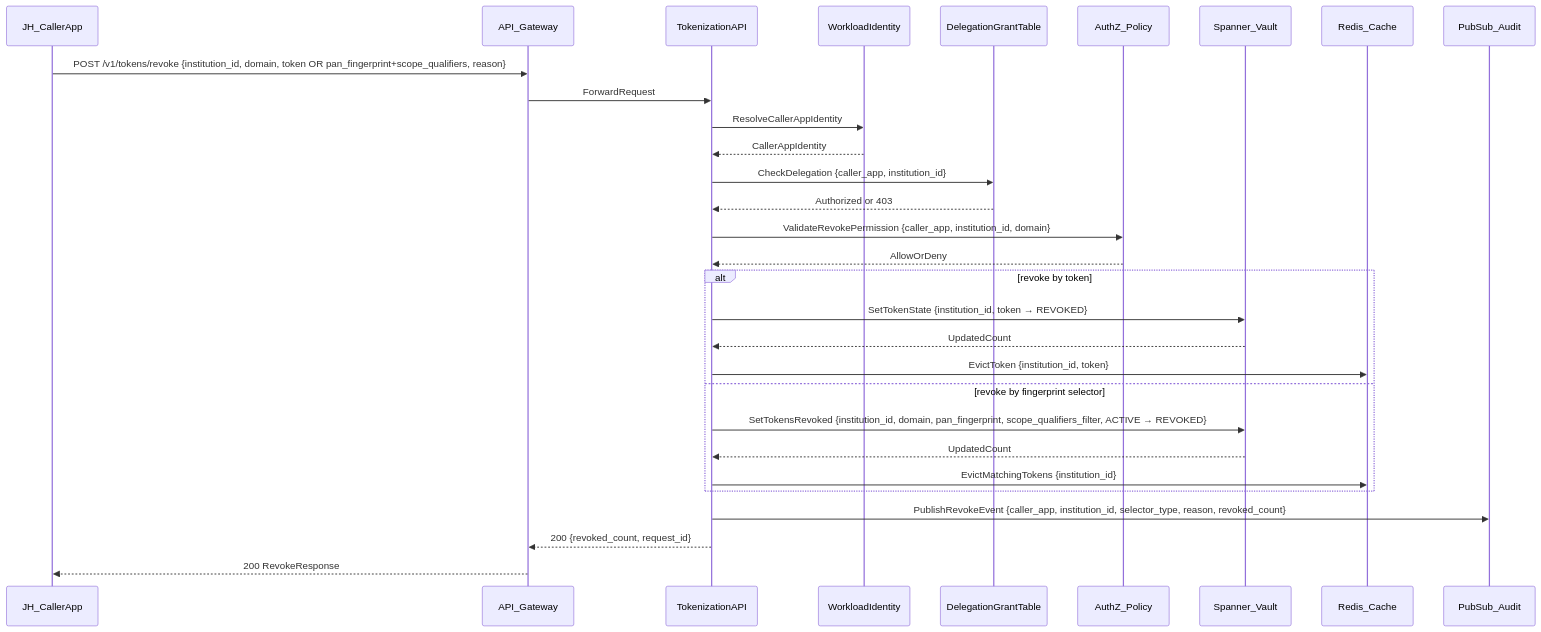
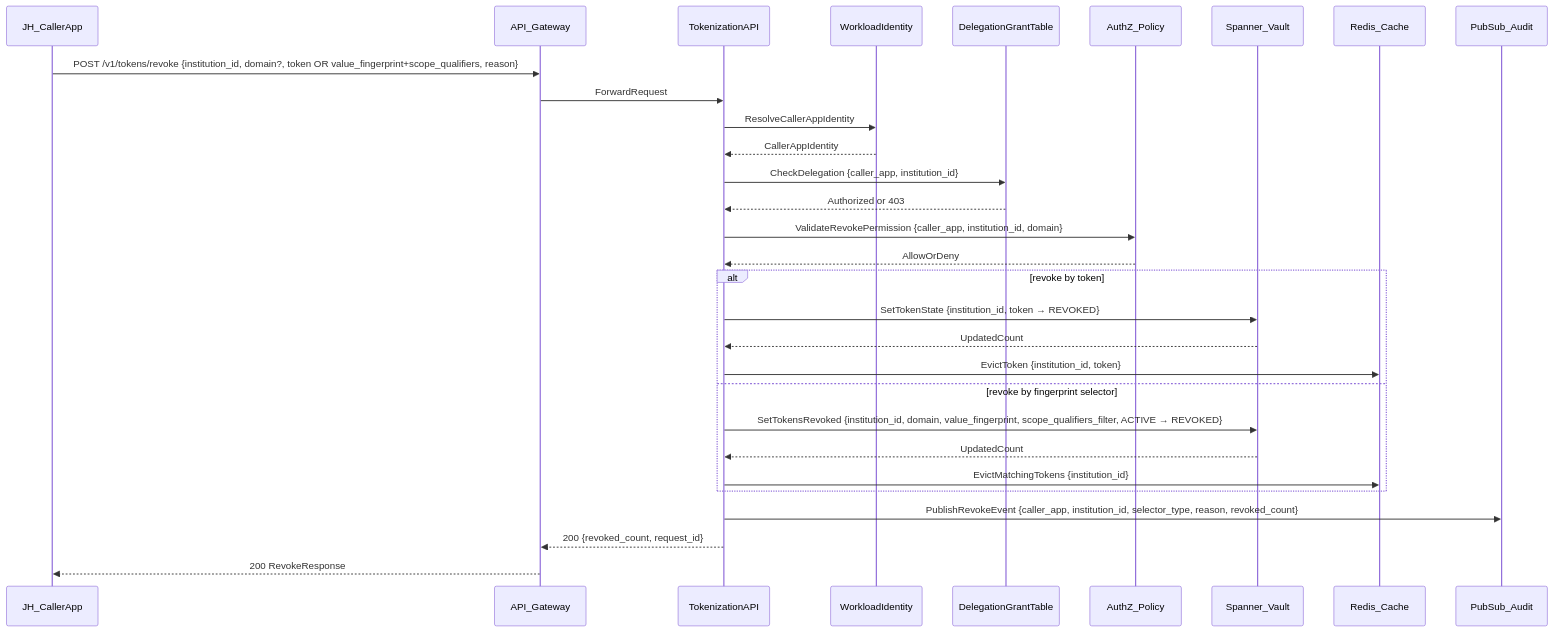
One commit to MonkeyWrenchGang/vigilant-couscous changed the fourth of 4 diagrams in docs/architecture-diagrams.md. Above: the diagram before and after it, drawn with Mermaid. The commit also changed other lines of this file and 25 other files, not shown here.

````diff
--- a/docs/architecture-diagrams.md
+++ b/docs/architecture-diagrams.md
@@ -205,35 +205,35 @@
 ```mermaid
 sequenceDiagram
   participant Client as JH_CallerApp
   participant Gateway as API_Gateway
   participant API as TokenizationAPI
   participant WI as WorkloadIdentity
   participant Grant as DelegationGrantTable
   participant Policy as AuthZ_Policy
   participant Spanner as Spanner_Vault
   participant Redis as Redis_Cache
   participant Audit as PubSub_Audit
 
-  Client->>Gateway: POST /v1/tokens/revoke {institution_id, domain, token OR pan_fingerprint+scope_qualifiers, reason}
+  Client->>Gateway: POST /v1/tokens/revoke {institution_id, domain?, token OR value_fingerprint+scope_qualifiers, reason}
   Gateway->>API: ForwardRequest
   API->>WI: ResolveCallerAppIdentity
   WI-->>API: CallerAppIdentity
   API->>Grant: CheckDelegation {caller_app, institution_id}
   Grant-->>API: Authorized or 403
   API->>Policy: ValidateRevokePermission {caller_app, institution_id, domain}
   Policy-->>API: AllowOrDeny
 
   alt revoke by token
     API->>Spanner: SetTokenState {institution_id, token → REVOKED}
     Spanner-->>API: UpdatedCount
     API->>Redis: EvictToken {institution_id, token}
   else revoke by fingerprint selector
-    API->>Spanner: SetTokensRevoked {institution_id, domain, pan_fingerprint, scope_qualifiers_filter, ACTIVE → REVOKED}
+    API->>Spanner: SetTokensRevoked {institution_id, domain, value_fingerprint, scope_qualifiers_filter, ACTIVE → REVOKED}
     Spanner-->>API: UpdatedCount
     API->>Redis: EvictMatchingTokens {institution_id}
   end
 
   API->>Audit: PublishRevokeEvent {caller_app, institution_id, selector_type, reason, revoked_count}
   API-->>Gateway: 200 {revoked_count, request_id}
   Gateway-->>Client: 200 RevokeResponse
 ```
````
